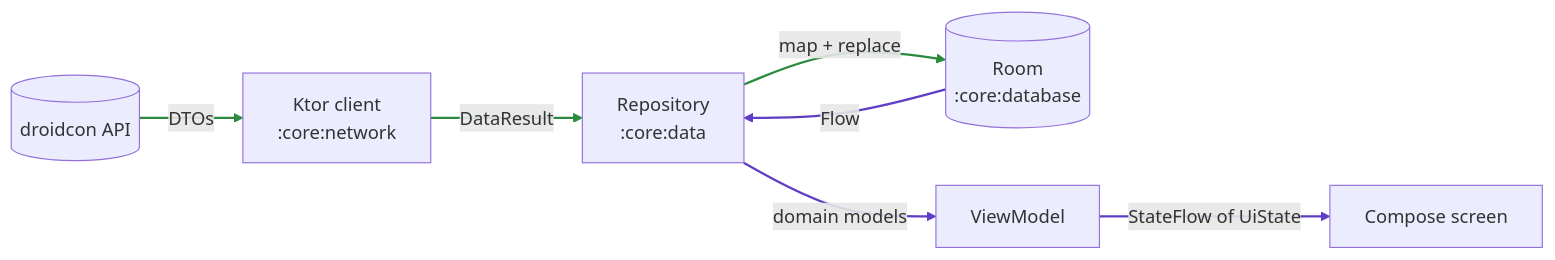
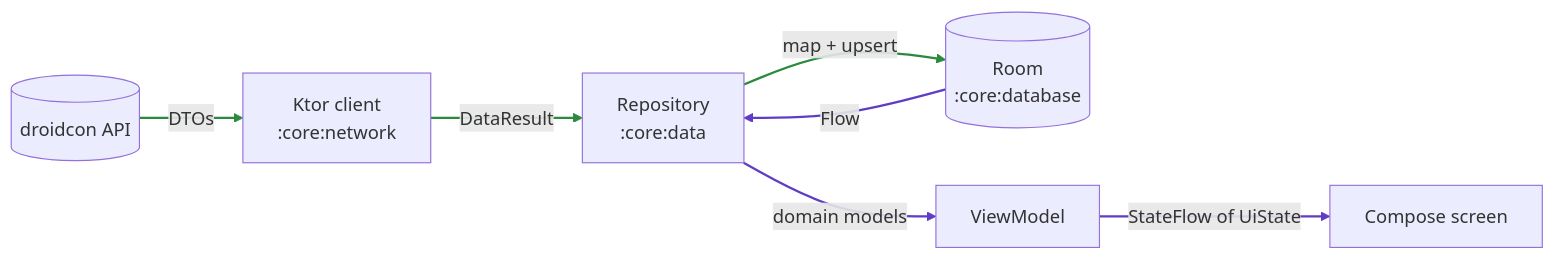
One commit to droidconKE/droidconKeKotlin changed the second of 3 diagrams in docs/architecture.md. Above: the diagram before and after it, drawn with Mermaid. The commit also changed other lines of this file and 28 other files, not shown here.

````diff
--- a/docs/architecture.md
+++ b/docs/architecture.md
@@ -115,19 +115,19 @@
 ```mermaid
 flowchart LR
     API[("droidcon API")]
     Ktor["Ktor client<br/>:core:network"]
     Repo["Repository<br/>:core:data"]
     Room[("Room<br/>:core:database")]
     VM["ViewModel"]
     UI["Compose screen"]
 
     API -->|"DTOs"| Ktor
     Ktor -->|"DataResult"| Repo
-    Repo -->|"map + replace"| Room
+    Repo -->|"map + upsert"| Room
     Room -->|"Flow"| Repo
     Repo -->|"domain models"| VM
     VM -->|"StateFlow of UiState"| UI
 
     linkStyle 0,1,2 stroke:#2b8a3e,stroke-width:2px
     linkStyle 3,4,5 stroke:#5f3dc4,stroke-width:2px
 ```
````
